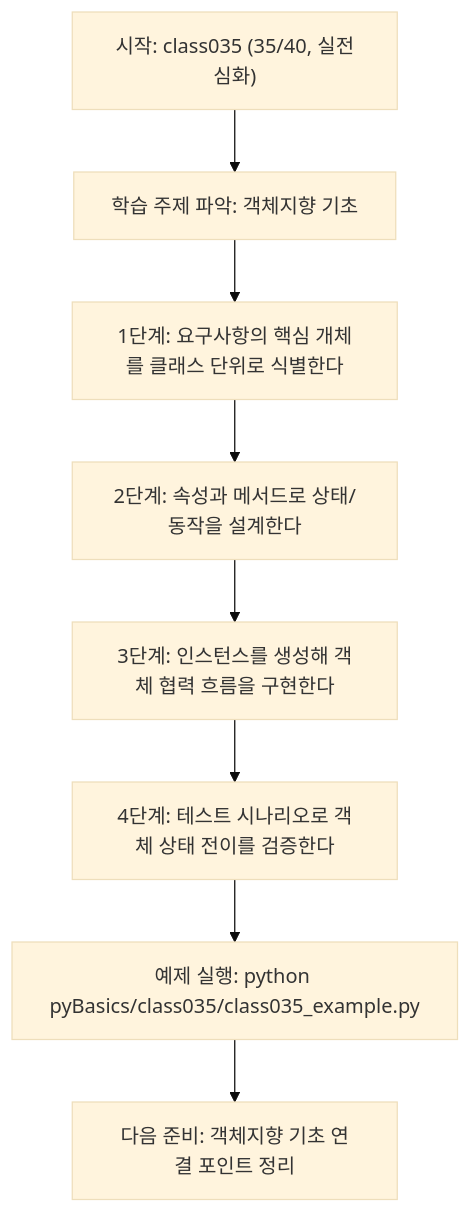
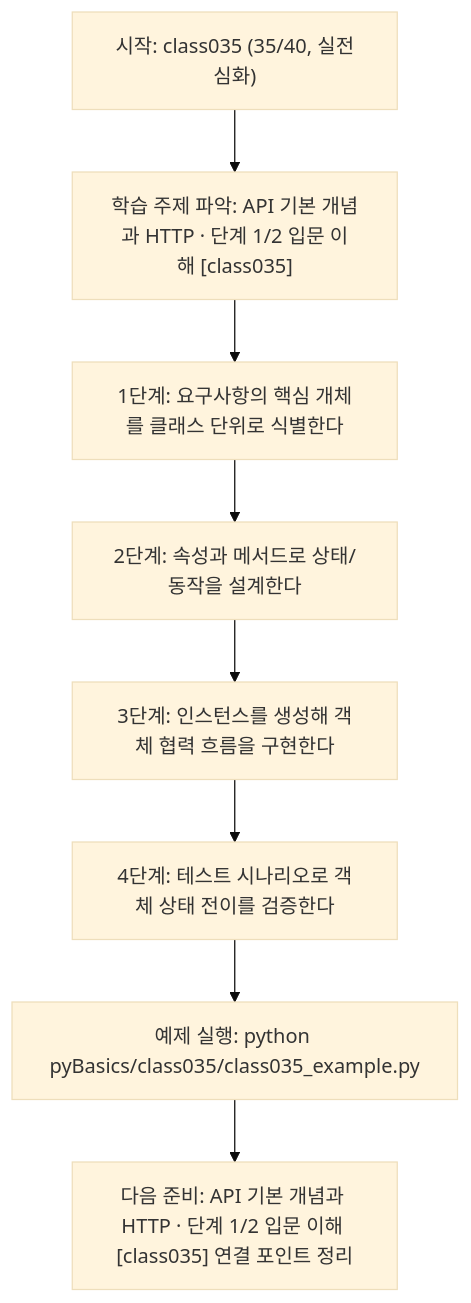
One commit to edumgt/Python-AI_Agent-Class changed the diagram in pyBasics/class035/class035.md. Above: the diagram before and after it, drawn with Mermaid (base theme). The commit also changed other lines of this file and 522 other files, not shown here.

````diff
--- a/pyBasics/class035/class035.md
+++ b/pyBasics/class035/class035.md
@@ -108,18 +108,18 @@
 ```mermaid
 flowchart TD
 N1["시작: class035 (35/40, 실전심화)"]
-N2["학습 주제 파악: 객체지향 기초"]
+N2["학습 주제 파악: API 기본 개념과 HTTP · 단계 1/2 입문 이해 [class035]"]
 N3["1단계: 요구사항의 핵심 개체를 클래스 단위로 식별한다"]
 N4["2단계: 속성과 메서드로 상태/동작을 설계한다"]
 N5["3단계: 인스턴스를 생성해 객체 협력 흐름을 구현한다"]
 N6["4단계: 테스트 시나리오로 객체 상태 전이를 검증한다"]
 N7["예제 실행: python pyBasics/class035/class035_example.py"]
-N8["다음 준비: 객체지향 기초 연결 포인트 정리"]
+N8["다음 준비: API 기본 개념과 HTTP · 단계 1/2 입문 이해 [class035] 연결 포인트 정리"]
 N1 --> N2
 N2 --> N3
 N3 --> N4
 N4 --> N5
 N5 --> N6
 N6 --> N7
 N7 --> N8
 ```
````
